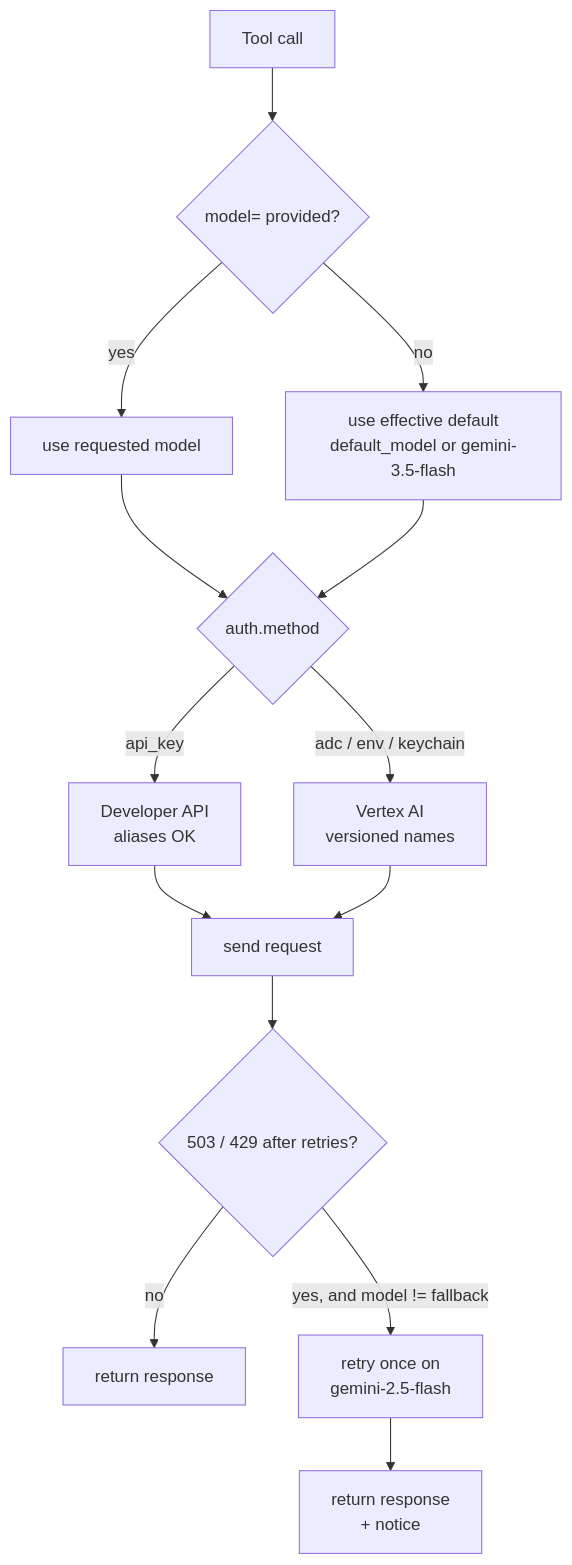
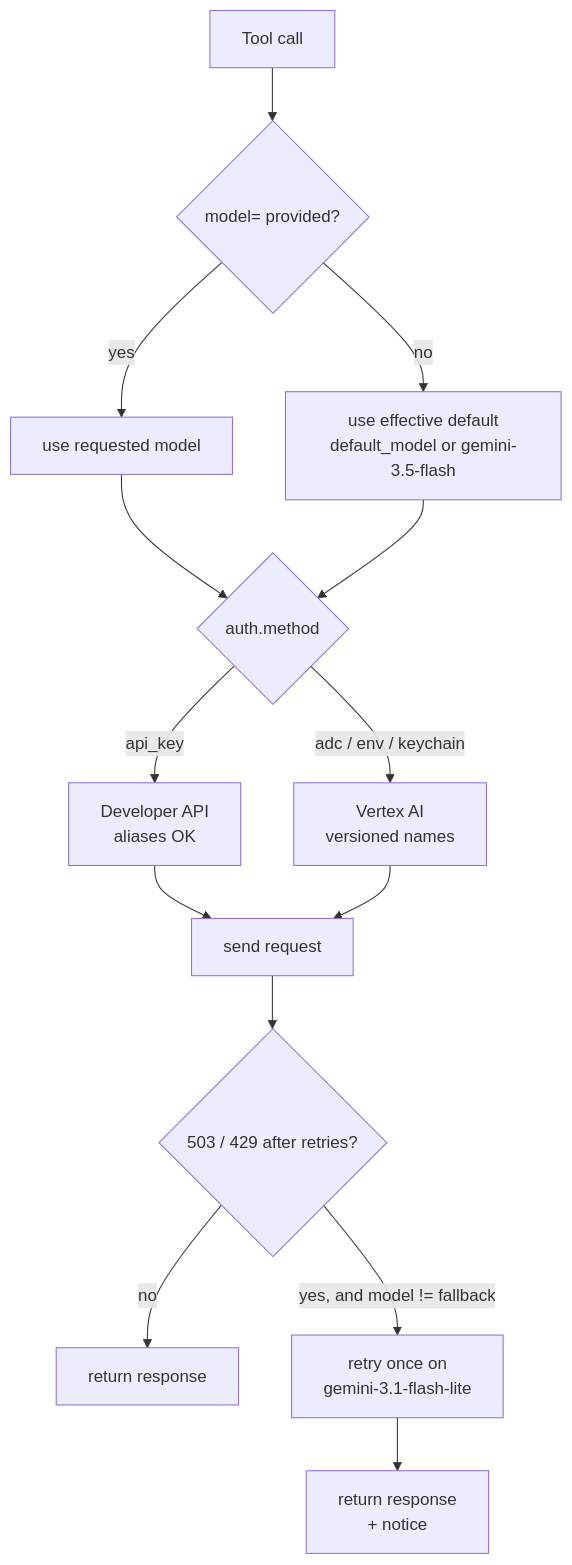
One commit to PCS-LAB-ORG/gemini-bridge changed the diagram in docs/configuration.md. Above: the diagram before and after it, drawn with Mermaid. The commit also changed other lines of this file and 9 other files, not shown here.

First line of the commit message:
chore(models): retire gemini-2.5 fallback + shortlists ahead of 2026-10-16 EOL

````diff
--- a/docs/configuration.md
+++ b/docs/configuration.md
@@ -175,16 +179,16 @@
 ```mermaid
 flowchart TD
     A[Tool call] --> B{model= provided?}
     B -->|yes| C[use requested model]
     B -->|no| D["use effective default<br/>default_model or gemini-3.5-flash"]
     C --> E{auth.method}
     D --> E
     E -->|api_key| F[Developer API<br/>aliases OK]
     E -->|adc / env / keychain| G[Vertex AI<br/>versioned names]
     F --> H[send request]
     G --> H
     H --> I{503 / 429 after retries?}
     I -->|no| J[return response]
-    I -->|yes, and model != fallback| K[retry once on<br/>gemini-2.5-flash]
+    I -->|yes, and model != fallback| K[retry once on<br/>gemini-3.1-flash-lite]
     K --> L[return response<br/>+ notice]
 ```
````
